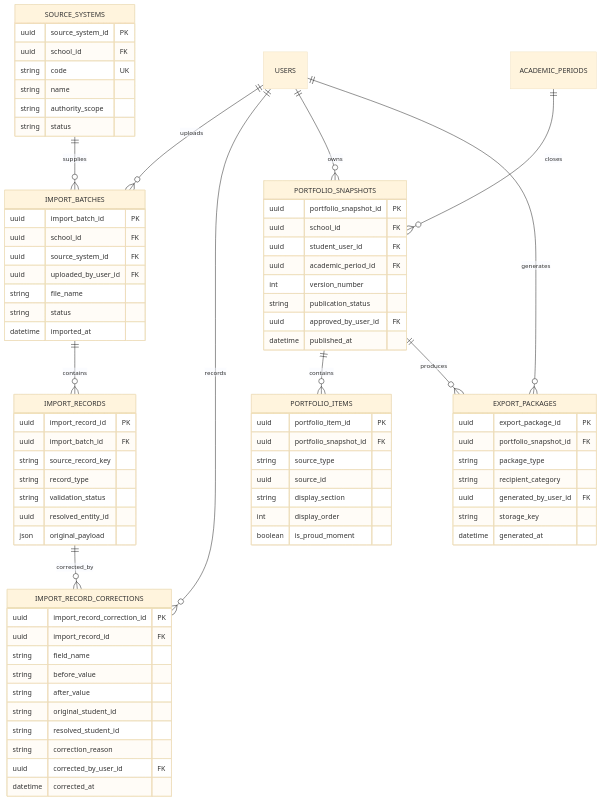
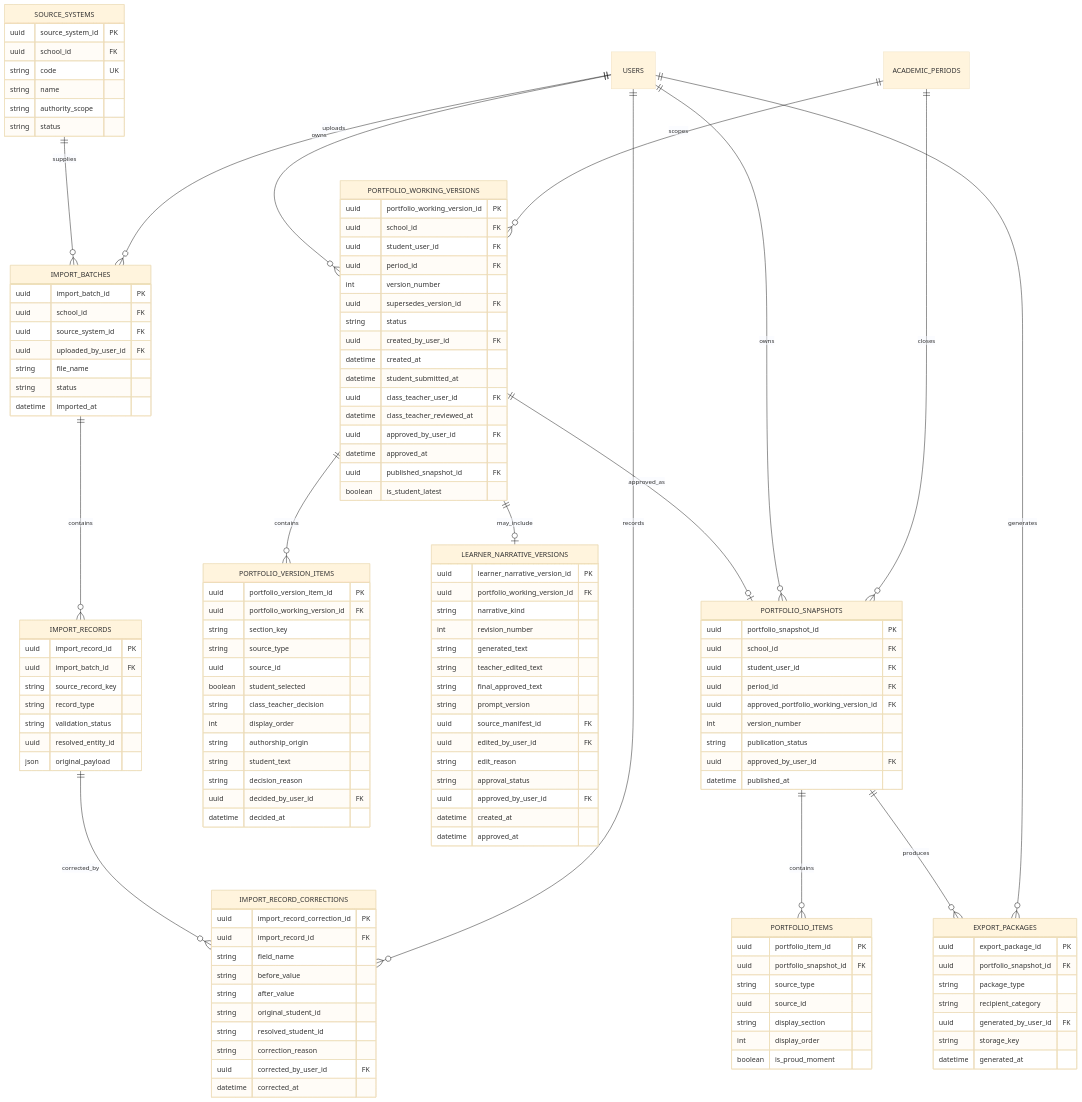
One commit to heison-octopus/testing-port changed diagram 24 of 24 in output/English/Core data relationships.md. Above: the diagram before and after it, drawn with Mermaid (base theme). The commit also changed other lines of this file and 117 other files, not shown here.

```diff
--- a/output/English/Core data relationships.md
+++ b/output/English/Core data relationships.md
@@ -1546,6 +1906,11 @@
     USERS ||--o{ IMPORT_BATCHES : uploads
     USERS ||--o{ IMPORT_RECORD_CORRECTIONS : records
 
+    USERS ||--o{ PORTFOLIO_WORKING_VERSIONS : owns
+    ACADEMIC_PERIODS ||--o{ PORTFOLIO_WORKING_VERSIONS : scopes
+    PORTFOLIO_WORKING_VERSIONS ||--o{ PORTFOLIO_VERSION_ITEMS : contains
+    PORTFOLIO_WORKING_VERSIONS ||--o| LEARNER_NARRATIVE_VERSIONS : may_include
+    PORTFOLIO_WORKING_VERSIONS ||--o| PORTFOLIO_SNAPSHOTS : approved_as
     USERS ||--o{ PORTFOLIO_SNAPSHOTS : owns
     ACADEMIC_PERIODS ||--o{ PORTFOLIO_SNAPSHOTS : closes
     PORTFOLIO_SNAPSHOTS ||--o{ PORTFOLIO_ITEMS : contains
@@ -1594,11 +1959,65 @@
         datetime corrected_at
     }
 
+    PORTFOLIO_WORKING_VERSIONS {
+        uuid portfolio_working_version_id PK
+        uuid school_id FK
+        uuid student_user_id FK
+        uuid period_id FK
+        int version_number
+        uuid supersedes_version_id FK
+        string status
+        uuid created_by_user_id FK
+        datetime created_at
+        datetime student_submitted_at
+        uuid class_teacher_user_id FK
+        datetime class_teacher_reviewed_at
+        uuid approved_by_user_id FK
+        datetime approved_at
+        uuid published_snapshot_id FK
+        boolean is_student_latest
+    }
+
+    PORTFOLIO_VERSION_ITEMS {
+        uuid portfolio_version_item_id PK
+        uuid portfolio_working_version_id FK
+        string section_key
+        string source_type
+        uuid source_id
+        boolean student_selected
+        string class_teacher_decision
+        int display_order
+        string authorship_origin
+        string student_text
+        string decision_reason
+        uuid decided_by_user_id FK
+        datetime decided_at
+    }
+
+    LEARNER_NARRATIVE_VERSIONS {
+        uuid learner_narrative_version_id PK
+        uuid portfolio_working_version_id FK
+        string narrative_kind
+        int revision_number
+        string generated_text
+        string teacher_edited_text
+        string final_approved_text
+        string prompt_version
+        uuid source_manifest_id FK
+        uuid edited_by_user_id FK
+        string edit_reason
+        string approval_status
+        uuid approved_by_user_id FK
+        datetime created_at
+        datetime approved_at
+    }
+
     PORTFOLIO_SNAPSHOTS {
         uuid portfolio_snapshot_id PK
         uuid school_id FK
         uuid student_user_id FK
-        uuid academic_period_id FK
+        uuid period_id FK
+        uuid approved_portfolio_working_version_id FK
         int version_number
         string publication_status
         uuid approved_by_user_id FK
```
